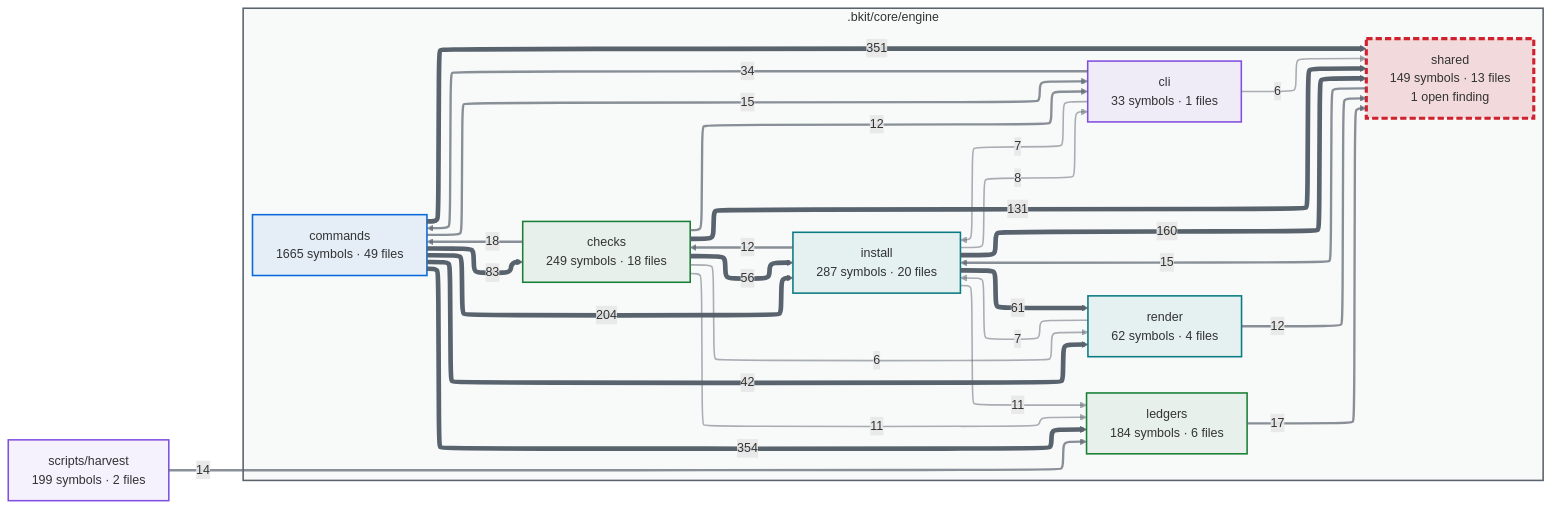
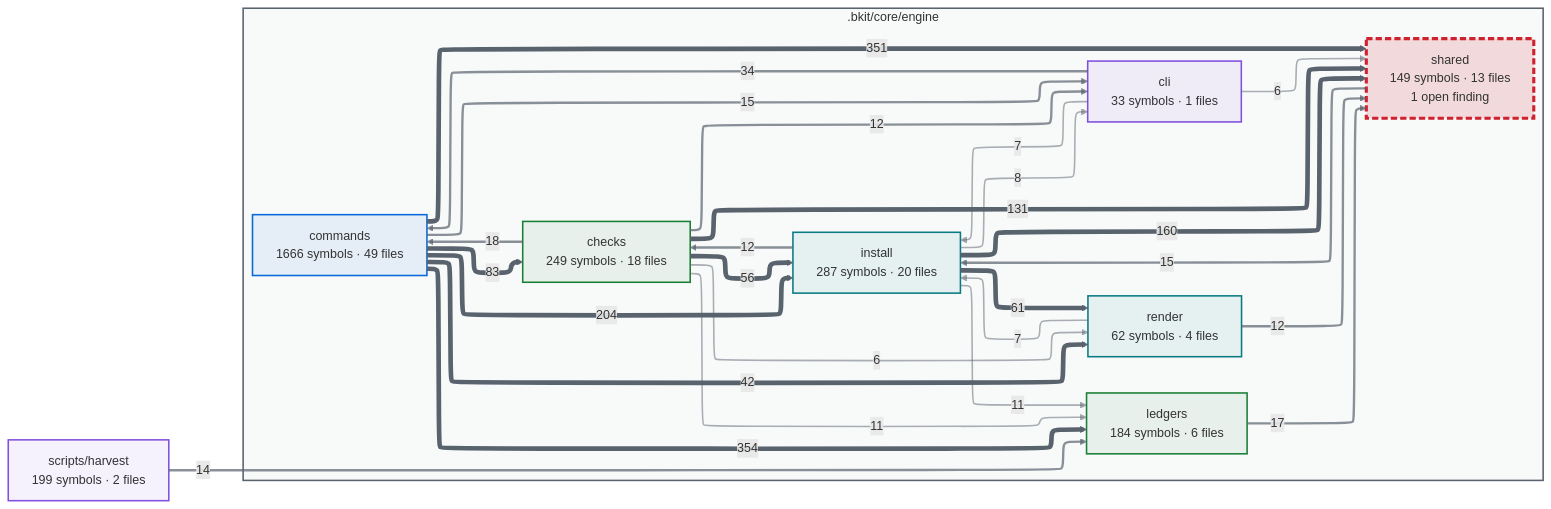
The first of 2 diagrams in docs/capabilities.md (cbartens/bkit), drawn with Mermaid before and after one commit. The commit also changed other lines of this file and 1 other file, not shown here.

````diff
--- a/docs/capabilities.md
+++ b/docs/capabilities.md
@@ -153,80 +153,80 @@
 ```mermaid
 ---
 config:
   layout: elk
   themeCSS: "marker { overflow: visible; } marker path { transform: scale(1.8); transform-origin: 5px 5px; }"
   flowchart:
     useMaxWidth: false
 ---
 flowchart LR
-  %% Generated by bkit-graphify-rollup.py from a11b80d1d958f5e4324726911b16795e1dcdadf7 — do not edit
+  %% Generated by bkit-graphify-rollup.py from 3a3e7164c177ae7992893dbf4d4705549044aff5 — do not edit
   subgraph gn_bkit_core_engine[".bkit/core/engine"]
     n_bkit_core_engine_checks["checks<br/>249 symbols · 18 files"]
     n_bkit_core_engine_cli["cli<br/>33 symbols · 1 files"]
-    n_bkit_core_engine_commands["commands<br/>1665 symbols · 49 files"]
+    n_bkit_core_engine_commands["commands<br/>1666 symbols · 49 files"]
     n_bkit_core_engine_install["install<br/>287 symbols · 20 files"]
     n_bkit_core_engine_ledgers["ledgers<br/>184 symbols · 6 files"]
     n_bkit_core_engine_render["render<br/>62 symbols · 4 files"]
     n_bkit_core_engine_shared["shared<br/>149 symbols · 13 files<br/>1 open finding"]
   end
   nscripts_harvest["scripts/harvest<br/>199 symbols · 2 files"]
   n_bkit_core_engine_commands -->|354| n_bkit_core_engine_ledgers
   n_bkit_core_engine_commands -->|351| n_bkit_core_engine_shared
   n_bkit_core_engine_commands -->|204| n_bkit_core_engine_install
   n_bkit_core_engine_install -->|160| n_bkit_core_engine_shared
   n_bkit_core_engine_checks -->|131| n_bkit_core_engine_shared
   n_bkit_core_engine_commands -->|83| n_bkit_core_engine_checks
   n_bkit_core_engine_install -->|61| n_bkit_core_engine_render
   n_bkit_core_engine_checks -->|56| n_bkit_core_engine_install
   n_bkit_core_engine_commands -->|42| n_bkit_core_engine_render
   n_bkit_core_engine_cli -->|34| n_bkit_core_engine_commands
   n_bkit_core_engine_checks -->|18| n_bkit_core_engine_commands
   n_bkit_core_engine_ledgers -->|17| n_bkit_core_engine_shared
   n_bkit_core_engine_shared -->|15| n_bkit_core_engine_install
   n_bkit_core_engine_commands -->|15| n_bkit_core_engine_cli
   nscripts_harvest -->|14| n_bkit_core_engine_ledgers
   n_bkit_core_engine_install -->|12| n_bkit_core_engine_checks
   n_bkit_core_engine_checks -->|12| n_bkit_core_engine_cli
   n_bkit_core_engine_render -->|12| n_bkit_core_engine_shared
   n_bkit_core_engine_checks -->|11| n_bkit_core_engine_ledgers
   n_bkit_core_engine_install -->|11| n_bkit_core_engine_ledgers
   n_bkit_core_engine_install -->|8| n_bkit_core_engine_cli
   n_bkit_core_engine_cli -->|7| n_bkit_core_engine_install
   n_bkit_core_engine_render -->|7| n_bkit_core_engine_install
   n_bkit_core_engine_checks -->|6| n_bkit_core_engine_render
   n_bkit_core_engine_cli -->|6| n_bkit_core_engine_shared
   style gn_bkit_core_engine fill:#59636e0a,stroke:#59636e,stroke-width:2px
   style n_bkit_core_engine_checks stroke:#1a7f37,stroke-width:2px,fill:#1a7f3714
   style n_bkit_core_engine_cli stroke:#8250df,stroke-width:2px,fill:#8250df14
   style n_bkit_core_engine_commands stroke:#0969da,stroke-width:2px,fill:#0969da14
   style n_bkit_core_engine_install stroke:#0a7b83,stroke-width:2px,fill:#0a7b8314
   style n_bkit_core_engine_ledgers stroke:#1a7f37,stroke-width:2px,fill:#1a7f3714
   style n_bkit_core_engine_render stroke:#0a7b83,stroke-width:2px,fill:#0a7b8314
   style n_bkit_core_engine_shared stroke:#cf222e,stroke-width:4px,stroke-dasharray:8 4,fill:#cf222e26
   style nscripts_harvest stroke:#8250df,stroke-width:2px,fill:#8250df14
   linkStyle 0 stroke:#59636e,stroke-width:6px
   linkStyle 1 stroke:#59636e,stroke-width:6px
   linkStyle 2 stroke:#59636e,stroke-width:6px
   linkStyle 3 stroke:#59636e,stroke-width:6px
   linkStyle 4 stroke:#59636e,stroke-width:6px
   linkStyle 5 stroke:#59636e,stroke-width:6px
   linkStyle 6 stroke:#59636e,stroke-width:6px
   linkStyle 7 stroke:#59636e,stroke-width:6px
   linkStyle 8 stroke:#59636e,stroke-width:6px
   linkStyle 9 stroke:#59636eb3,stroke-width:3px
   linkStyle 10 stroke:#59636eb3,stroke-width:3px
   linkStyle 11 stroke:#59636eb3,stroke-width:3px
   linkStyle 12 stroke:#59636eb3,stroke-width:3px
   linkStyle 13 stroke:#59636eb3,stroke-width:3px
   linkStyle 14 stroke:#59636eb3,stroke-width:3px
   linkStyle 15 stroke:#59636eb3,stroke-width:3px
   linkStyle 16 stroke:#59636eb3,stroke-width:3px
   linkStyle 17 stroke:#59636eb3,stroke-width:3px
   linkStyle 18 stroke:#59636e80,stroke-width:2px
   linkStyle 19 stroke:#59636e80,stroke-width:2px
   linkStyle 20 stroke:#59636e80,stroke-width:2px
   linkStyle 21 stroke:#59636e80,stroke-width:2px
   linkStyle 22 stroke:#59636e80,stroke-width:2px
   linkStyle 23 stroke:#59636e80,stroke-width:2px
   linkStyle 24 stroke:#59636e80,stroke-width:2px
 ```
````
